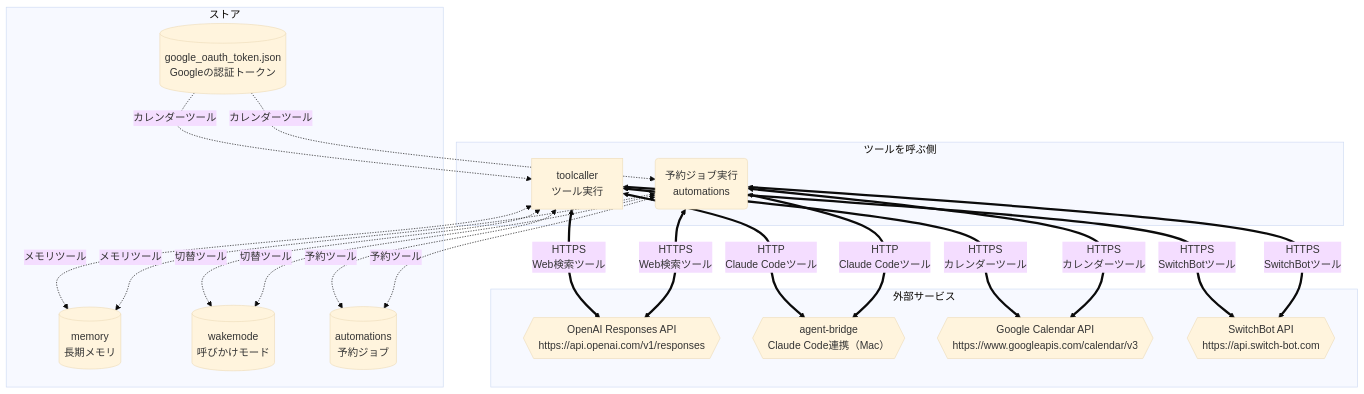
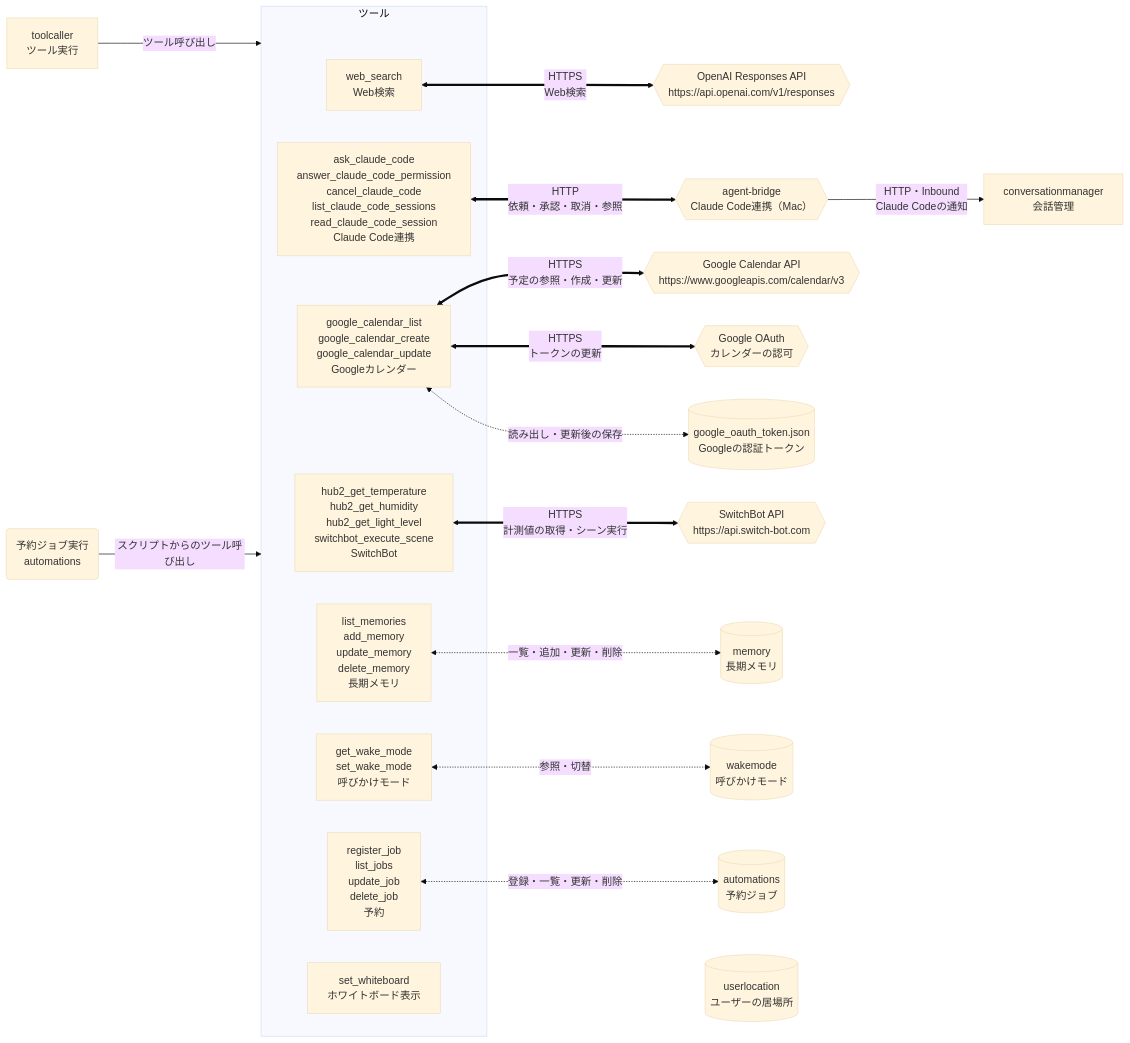
Before and after one commit to tetetratra/smart-speaker: the third of 3 diagrams in README.md, drawn with Mermaid (base theme). The commit also changed other lines of this file, not shown here.

Commit message:
構成図のツールをツールごとのノードにし、画面とHTTPの図を除く

````diff
--- a/README.md
+++ b/README.md
@@ -190,39 +158,45 @@
 ```mermaid
-flowchart TB
+flowchart LR
+    tool["toolcaller<br/>ツール実行"]
+    scheduler("予約ジョブ実行<br/>automations")
+    manager["conversationmanager<br/>会話管理"]
 
-    subgraph g0["ツールを呼ぶ側"]
-        tool["toolcaller<br/>ツール実行"]
-        scheduler("予約ジョブ実行<br/>automations")
+    subgraph toolset["ツール"]
+        webSearchTool["web_search<br/>Web検索"]
+        claudeCodeTool["ask_claude_code<br/>answer_claude_code_permission<br/>cancel_claude_code<br/>list_claude_code_sessions<br/>read_claude_code_session<br/>Claude Code連携"]
+        calendarTool["google_calendar_list<br/>google_calendar_create<br/>google_calendar_update<br/>Googleカレンダー"]
+        switchBotTool["hub2_get_temperature<br/>hub2_get_humidity<br/>hub2_get_light_level<br/>switchbot_execute_scene<br/>SwitchBot"]
+        memoryTool["list_memories<br/>add_memory<br/>update_memory<br/>delete_memory<br/>長期メモリ"]
+        wakeModeTool["get_wake_mode<br/>set_wake_mode<br/>呼びかけモード"]
+        automationTool["register_job<br/>list_jobs<br/>update_job<br/>delete_job<br/>予約"]
+        whiteboardTool["set_whiteboard<br/>ホワイトボード表示"]
     end
 
-    subgraph g1["外部サービス"]
-        openaiResponses{{"OpenAI Responses API<br/>https://api.openai.com/v1/responses"}}
-        agentBridge{{"agent-bridge<br/>Claude Code連携（Mac）"}}
-        googleCalendar{{"Google Calendar API<br/>https://www.googleapis.com/calendar/v3"}}
-        switchBot{{"SwitchBot API<br/>https://api.switch-bot.com"}}
-    end
 
-    subgraph g2["ストア"]
-        memoryStore[("memory<br/>長期メモリ")]
-        wakeModeStore[("wakemode<br/>呼びかけモード")]
-        automationStore[("automations<br/>予約ジョブ")]
-        googleTokenStore[("google_oauth_token.json<br/>Googleの認証トークン")]
-    end
+    openaiResponses{{"OpenAI Responses API<br/>https://api.openai.com/v1/responses"}}
+    agentBridge{{"agent-bridge<br/>Claude Code連携（Mac）"}}
+    googleCalendar{{"Google Calendar API<br/>https://www.googleapis.com/calendar/v3"}}
+    googleOAuth{{"Google OAuth<br/>カレンダーの認可"}}
+    googleTokenStore[("google_oauth_token.json<br/>Googleの認証トークン")]
+    switchBot{{"SwitchBot API<br/>https://api.switch-bot.com"}}
+    memoryStore[("memory<br/>長期メモリ")]
+    wakeModeStore[("wakemode<br/>呼びかけモード")]
+    automationStore[("automations<br/>予約ジョブ")]
+    locationStore[("userlocation<br/>ユーザーの居場所")]
 
-    tool <==>|"HTTPS<br/>Web検索ツール"| openaiResponses
-    scheduler <==>|"HTTPS<br/>Web検索ツール"| openaiResponses
-    tool <==>|"HTTP<br/>Claude Codeツール"| agentBridge
-    scheduler <==>|"HTTP<br/>Claude Codeツール"| agentBridge
-    tool <==>|"HTTPS<br/>カレンダーツール"| googleCalendar
-    scheduler <==>|"HTTPS<br/>カレンダーツール"| googleCalendar
-    tool <==>|"HTTPS<br/>SwitchBotツール"| switchBot
-    scheduler <==>|"HTTPS<br/>SwitchBotツール"| switchBot
-    tool <-.->|"メモリツール"| memoryStore
-    scheduler <-.->|"メモリツール"| memoryStore
-    tool <-.->|"切替ツール"| wakeModeStore
-    scheduler <-.->|"切替ツール"| wakeModeStore
-    tool <-.->|"予約ツール"| automationStore
-    scheduler <-.->|"予約ツール"| automationStore
-    googleTokenStore -.->|"カレンダーツール"| tool
-    googleTokenStore -.->|"カレンダーツール"| scheduler
+    tool -->|"ツール呼び出し"| toolset
+    scheduler -->|"スクリプトからのツール呼び出し"| toolset
+
+    webSearchTool <==>|"HTTPS<br/>Web検索"| openaiResponses
+    claudeCodeTool <==>|"HTTP<br/>依頼・承認・取消・参照"| agentBridge
+    agentBridge -->|"HTTP・Inbound<br/>Claude Codeの通知"| manager
+    calendarTool <==>|"HTTPS<br/>予定の参照・作成・更新"| googleCalendar
+    calendarTool <-.->|"読み出し・更新後の保存"| googleTokenStore
+    calendarTool <==>|"HTTPS<br/>トークンの更新"| googleOAuth
+    switchBotTool <==>|"HTTPS<br/>計測値の取得・シーン実行"| switchBot
+    memoryTool <-.->|"一覧・追加・更新・削除"| memoryStore
+    wakeModeTool <-.->|"参照・切替"| wakeModeStore
+    automationTool <-.->|"登録・一覧・更新・削除"| automationStore
+    %% 居場所はツールにする予定で、まだどこからも使われていない。位置だけをそろえる見えない線。
+    whiteboardTool ~~~ locationStore
 ```
````
